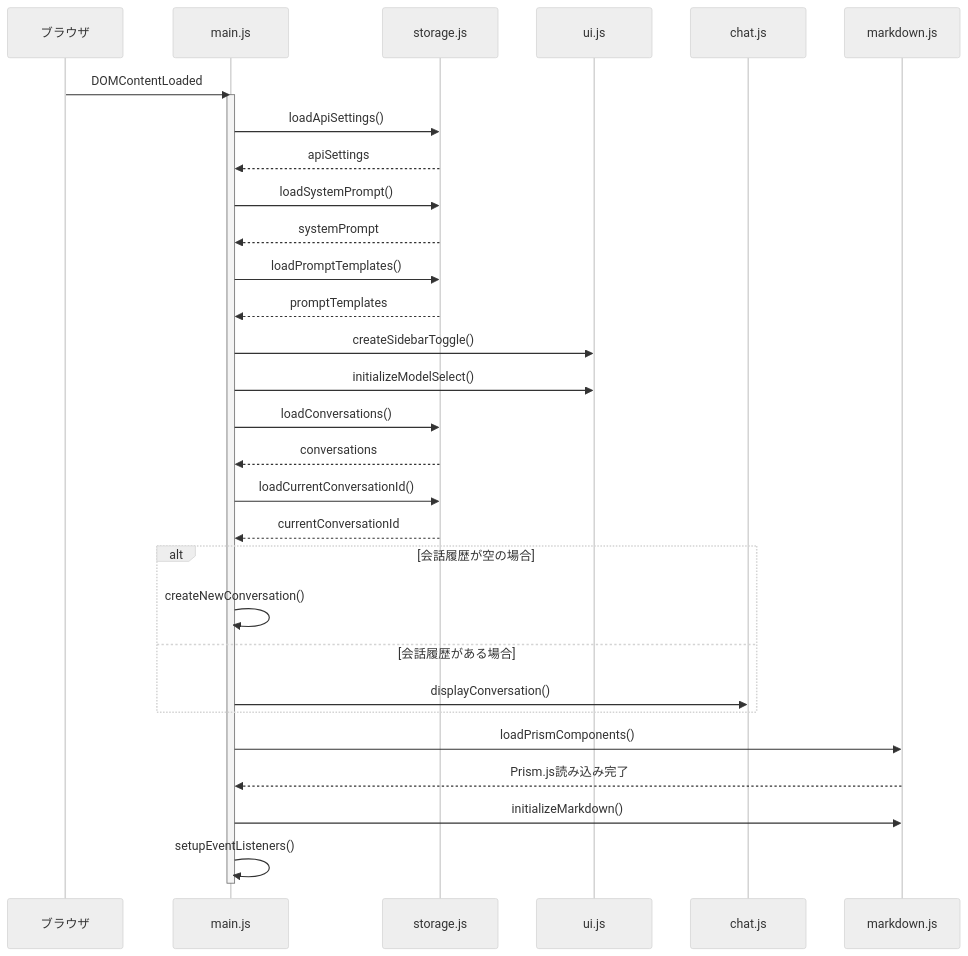
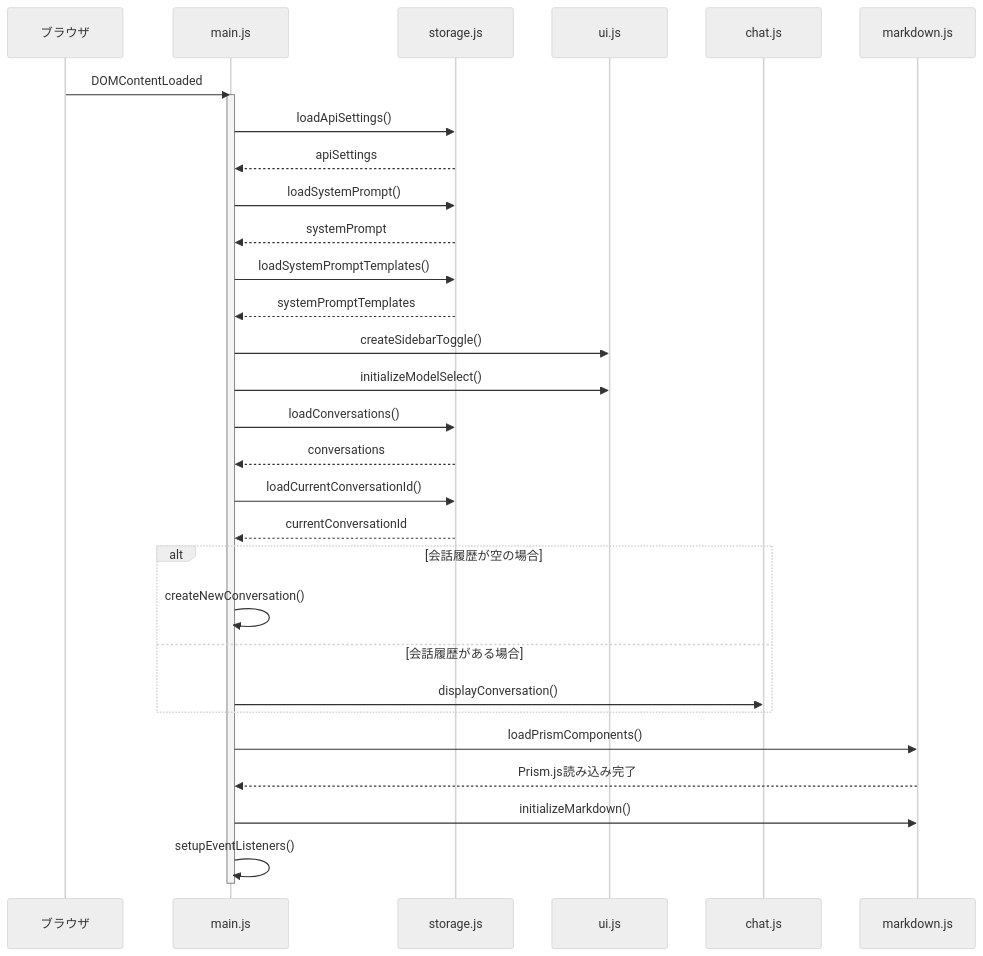
The sixth of 9 diagrams in ChatBot_設計仕様書.md (SuperPyonchiX/ChatBot), drawn with Mermaid (neutral theme) before and after one commit. The commit also changed other lines of this file and 14 other files, not shown here.

````diff
--- a/ChatBot_設計仕様書.md
+++ b/ChatBot_設計仕様書.md
@@ -395,39 +395,39 @@
 ```mermaid
 sequenceDiagram
     participant Browser as ブラウザ
     participant Main as main.js
     participant Storage as storage.js
     participant UI as ui.js
     participant Chat as chat.js
     participant Markdown as markdown.js
     
     Browser->>Main: DOMContentLoaded
     activate Main
     Main->>Storage: loadApiSettings()
     Storage-->>Main: apiSettings
     Main->>Storage: loadSystemPrompt()
     Storage-->>Main: systemPrompt
-    Main->>Storage: loadPromptTemplates()
-    Storage-->>Main: promptTemplates
+    Main->>Storage: loadSystemPromptTemplates()
+    Storage-->>Main: systemPromptTemplates
     
     Main->>UI: createSidebarToggle()
     Main->>UI: initializeModelSelect()
     
     Main->>Storage: loadConversations()
     Storage-->>Main: conversations
     Main->>Storage: loadCurrentConversationId()
     Storage-->>Main: currentConversationId
     
     alt 会話履歴が空の場合
         Main->>Main: createNewConversation()
     else 会話履歴がある場合
         Main->>Chat: displayConversation()
     end
     
     Main->>Markdown: loadPrismComponents()
     Markdown-->>Main: Prism.js読み込み完了
     Main->>Markdown: initializeMarkdown()
     
     Main->>Main: setupEventListeners()
     deactivate Main
 ```
````
